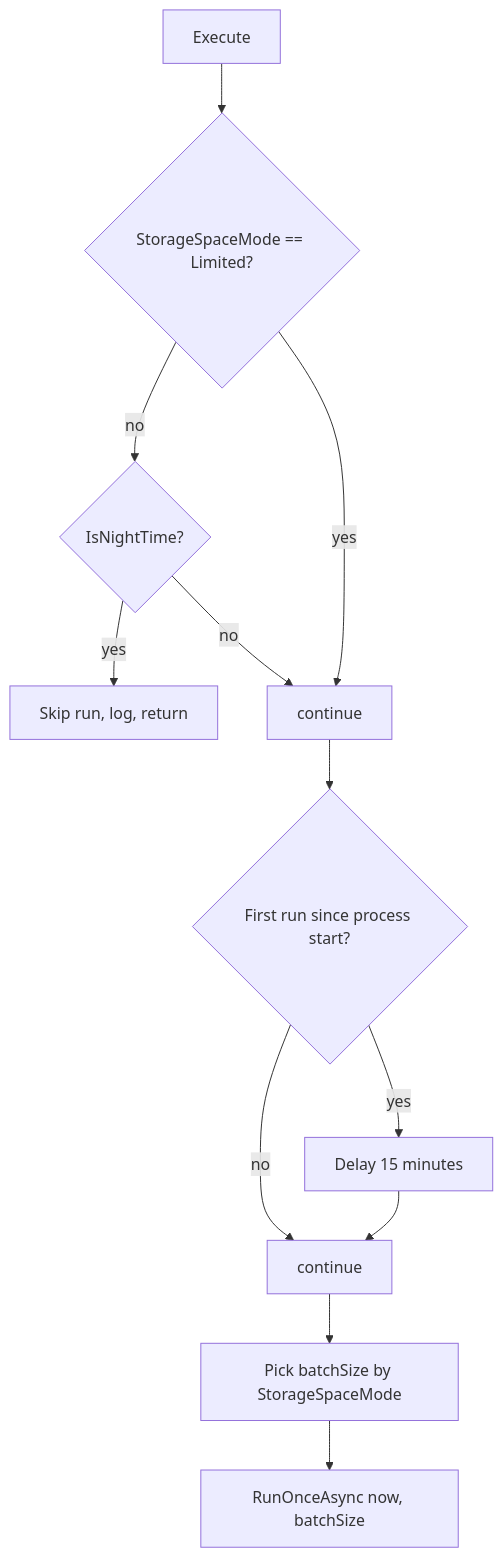
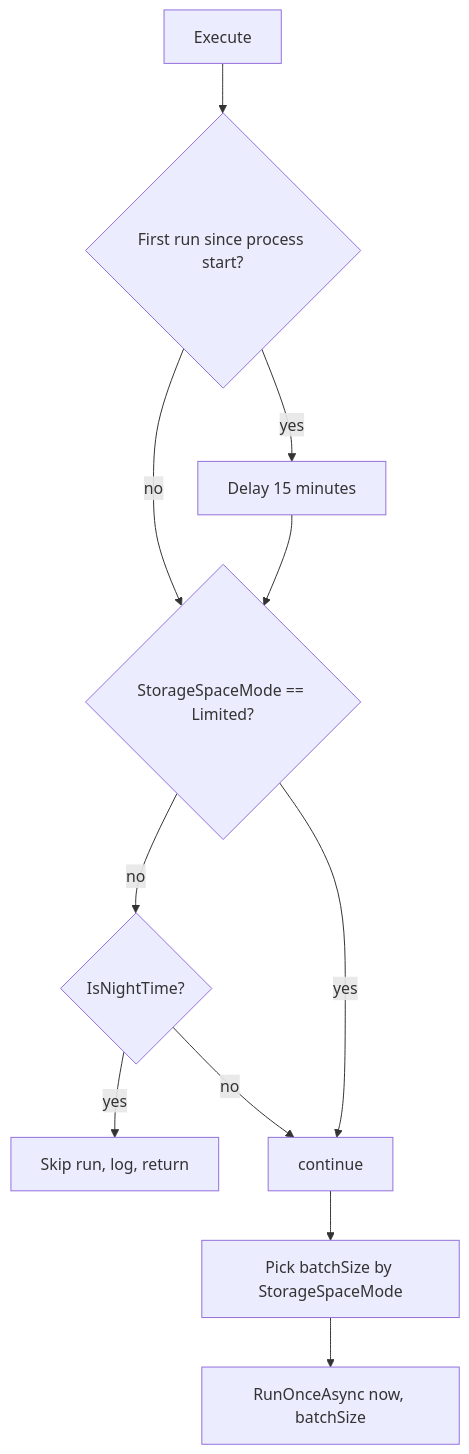
One commit to bvdcode/cotton changed the second of 5 diagrams in docs/technical/10-garbage-collection.md. Above: the diagram before and after it, drawn with Mermaid. The commit also changed other lines of this file and 17 other files, not shown here.

````diff
--- a/docs/technical/10-garbage-collection.md
+++ b/docs/technical/10-garbage-collection.md
@@ -93,14 +93,13 @@
 ```mermaid
 flowchart TD
-    A[Execute] --> B{StorageSpaceMode == Limited?}
+    A[Execute] --> F{First run since process start?}
+    F -- yes --> G[Delay 15 minutes]
+    F -- no --> B
+    G --> B{StorageSpaceMode == Limited?}
     B -- no --> C{IsNightTime?}
     C -- yes --> D[Skip run, log, return]
     C -- no --> E[continue]
     B -- yes --> E
-    E --> F{First run since process start?}
-    F -- yes --> G[Delay 15 minutes]
-    F -- no --> H[continue]
-    G --> H
-    H --> I[Pick batchSize by StorageSpaceMode]
+    E --> I[Pick batchSize by StorageSpaceMode]
     I --> J[RunOnceAsync now, batchSize]
 ```
````
